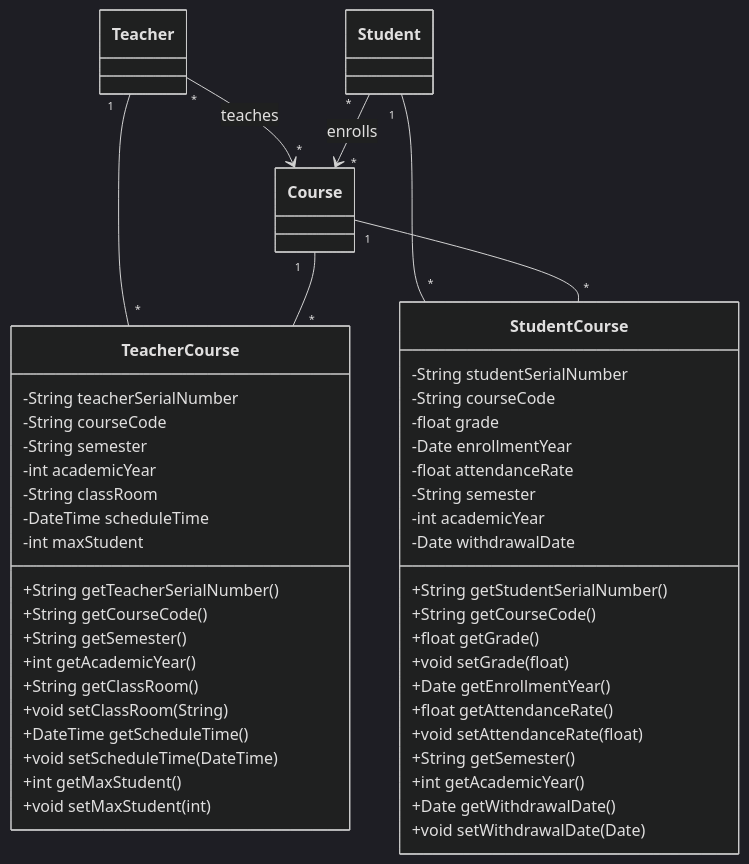
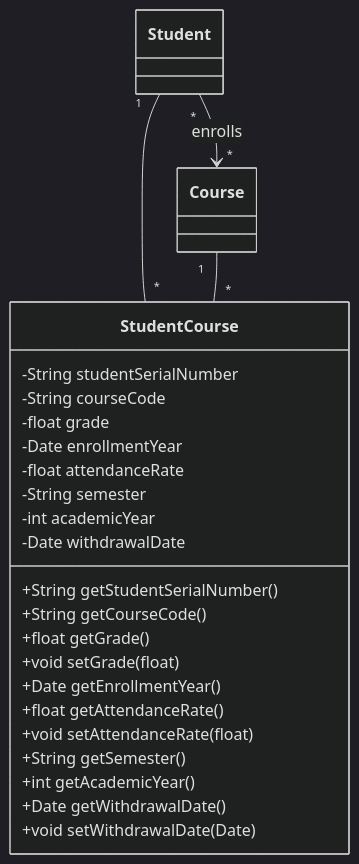
The fifth of 5 diagrams in README.md (Abdelrhmansersawy/EduMatrix), drawn with Mermaid (dark theme) before and after one commit. The commit also changed other lines of this file and 30 other files, not shown here.

Commit message:
initialize project architecture and documentation

````diff
--- a/README.md
+++ b/README.md
@@ -500,52 +449,29 @@
 ```mermaid
 classDiagram
     %% Course Relationships Diagram
-    Teacher "*" --> "*" Course : teaches
     Student "*" --> "*" Course : enrolls
-    Teacher "1" -- "*" TeacherCourse
-    Course "1" -- "*" TeacherCourse
     Student "1" -- "*" StudentCourse
     Course "1" -- "*" StudentCourse
-
-    class TeacherCourse {
-        -String teacherSerialNumber
-        -String courseCode
-        -String semester
-        -int academicYear
-        -String classRoom
-        -DateTime scheduleTime
-        -int maxStudent
-        +String getTeacherSerialNumber()
-        +String getCourseCode()
-        +String getSemester()
-        +int getAcademicYear()
-        +String getClassRoom()
-        +void setClassRoom(String)
-        +DateTime getScheduleTime()
-        +void setScheduleTime(DateTime)
-        +int getMaxStudent()
-        +void setMaxStudent(int)
-    }
 
     class StudentCourse {
         -String studentSerialNumber
         -String courseCode
         -float grade
         -Date enrollmentYear
         -float attendanceRate
         -String semester
         -int academicYear
         -Date withdrawalDate
         +String getStudentSerialNumber()
         +String getCourseCode()
         +float getGrade()
         +void setGrade(float)
         +Date getEnrollmentYear()
         +float getAttendanceRate()
         +void setAttendanceRate(float)
         +String getSemester()
         +int getAcademicYear()
         +Date getWithdrawalDate()
         +void setWithdrawalDate(Date)
     }
 ```
````
